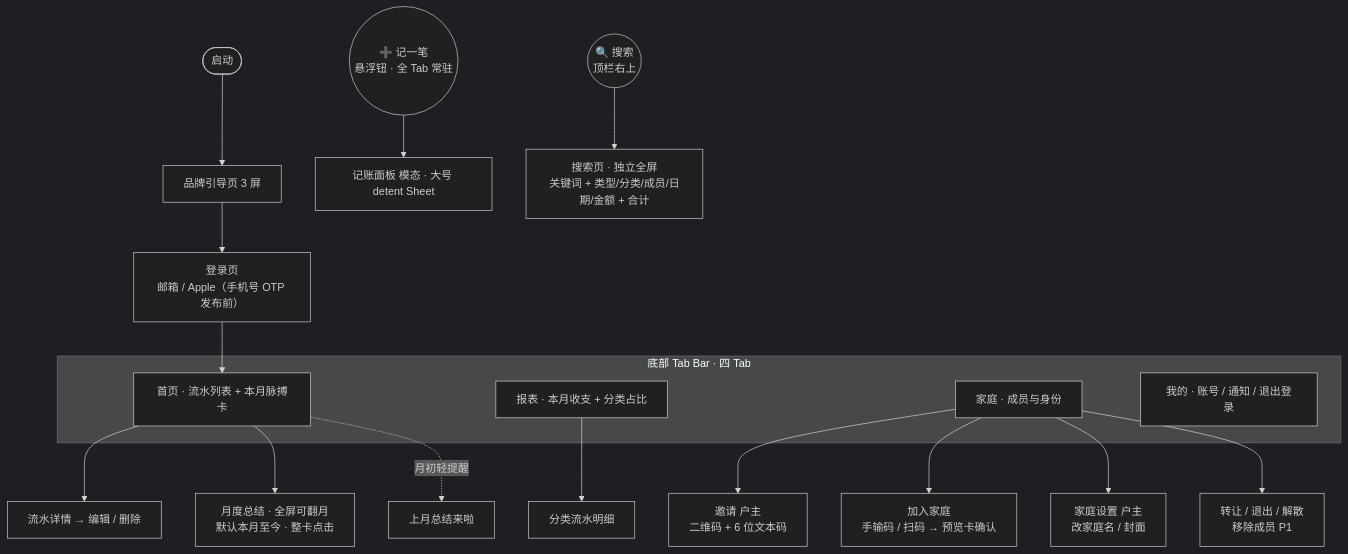
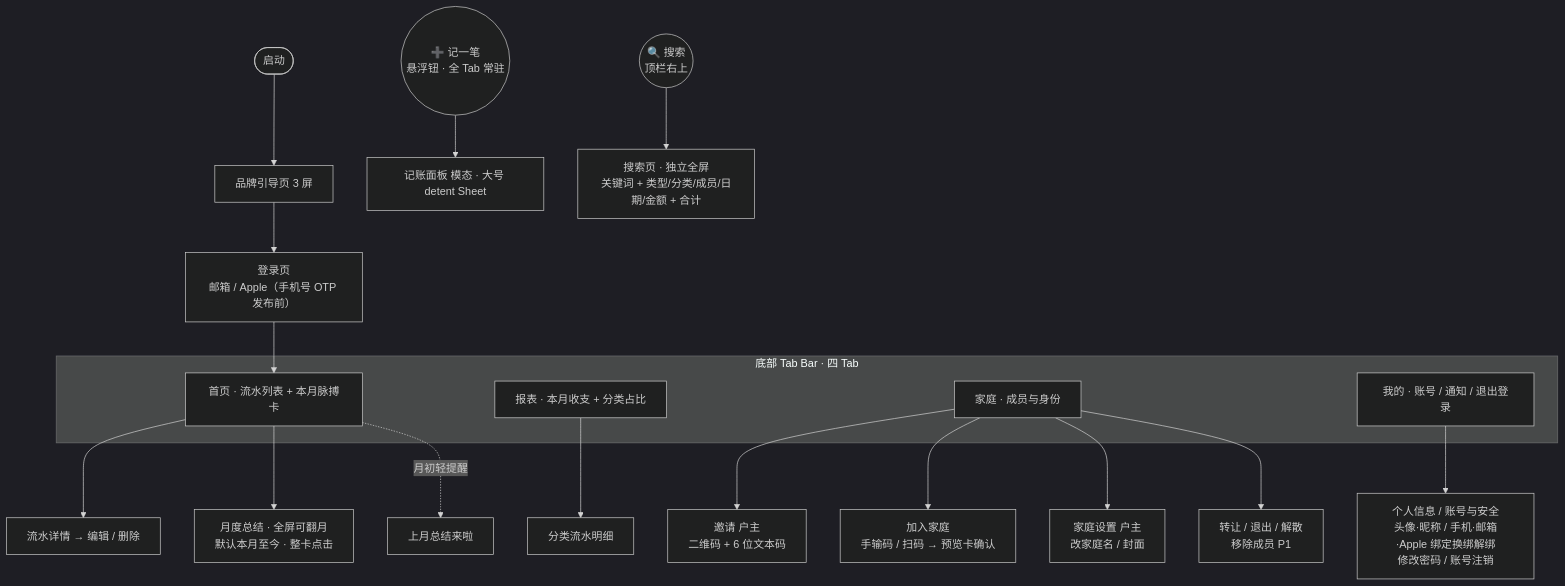
Before and after one commit to raochen0000/HomeBook: the diagram in docs/IA.md, drawn with Mermaid (dark theme). The commit also changed other lines of this file and 3 other files, not shown here.

````diff
--- a/docs/IA.md
+++ b/docs/IA.md
@@ -49,30 +49,32 @@
 ```mermaid
 flowchart TD
     Start([启动]) --> Guide[品牌引导页 3 屏]
     Guide --> Login[登录页<br/>邮箱 / Apple（手机号 OTP 发布前）]
     Login --> Home
 
     subgraph 主框架[底部 Tab Bar · 四 Tab]
       Home[首页 · 流水列表 + 本月脉搏卡]
       Report[报表 · 本月收支 + 分类占比]
       Family[家庭 · 成员与身份]
       Mine[我的 · 账号 / 通知 / 退出登录]
     end
 
     Add((➕ 记一笔<br/>悬浮钮 · 全 Tab 常驻))
     Search((🔍 搜索<br/>顶栏右上))
 
     Home --> Detail[流水详情 → 编辑 / 删除]
     Home --> Summary[月度总结 · 全屏可翻月<br/>默认本月至今 · 整卡点击]
     Home -.月初轻提醒.-> SummaryRemind[上月总结来啦]
 
     Add --> AddPanel[记账面板 模态 · 大号 detent Sheet]
     Search --> SearchPage[搜索页 · 独立全屏<br/>关键词 + 类型/分类/成员/日期/金额 + 合计]
 
     Report --> CatList[分类流水明细]
 
     Family --> Invite[邀请 户主<br/>二维码 + 6 位文本码]
     Family --> Join[加入家庭<br/>手输码 / 扫码 → 预览卡确认]
     Family --> Settings[家庭设置 户主<br/>改家庭名 / 封面]
     Family --> Manage[转让 / 退出 / 解散<br/>移除成员 P1]
+
+    Mine --> Account[个人信息 / 账号与安全<br/>头像·昵称 / 手机·邮箱·Apple 绑定换绑解绑<br/>修改密码 / 账号注销]
 ```
````
